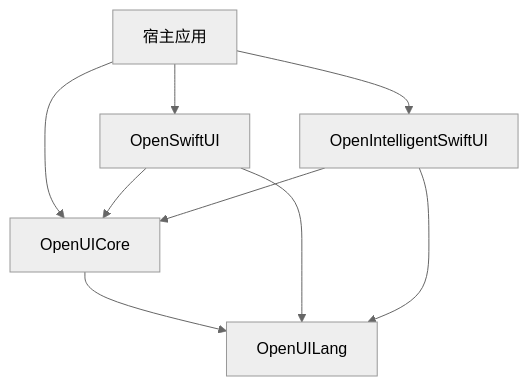
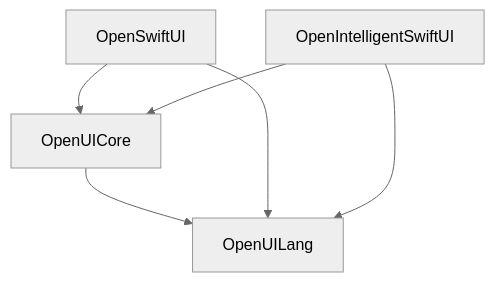
One commit to zyfn/open-intelligent-ui-swift changed the diagram in docs/architecture.md. Above: the diagram before and after it, drawn with Mermaid (neutral theme). The commit also changed other lines of this file and 9 other files, not shown here.

```diff
--- a/docs/architecture.md
+++ b/docs/architecture.md
@@ -7,16 +7,12 @@
 ~~~mermaid
 flowchart TB
-    Host["宿主应用"]
     Standard["OpenSwiftUI"]
     Intelligent["OpenIntelligentSwiftUI"]
     Core["OpenUICore"]
     Lang["OpenUILang"]
-    Host --> Standard
-    Host --> Intelligent
-    Host --> Core
     Standard --> Core
     Intelligent --> Core
     Core --> Lang
     Standard --> Lang
     Intelligent --> Lang
 ~~~
```
